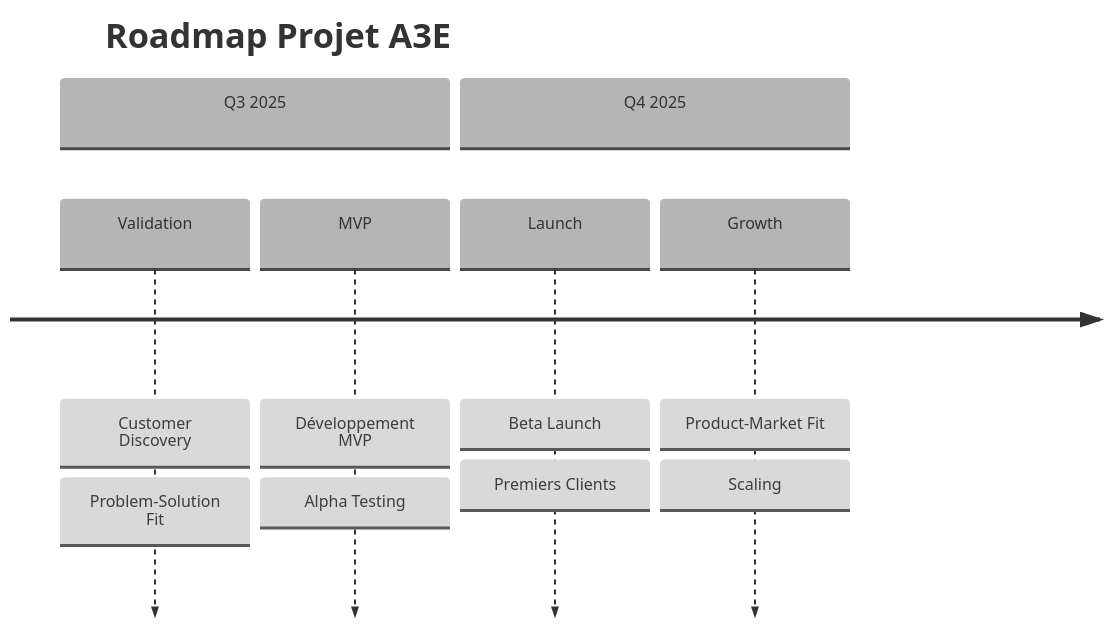
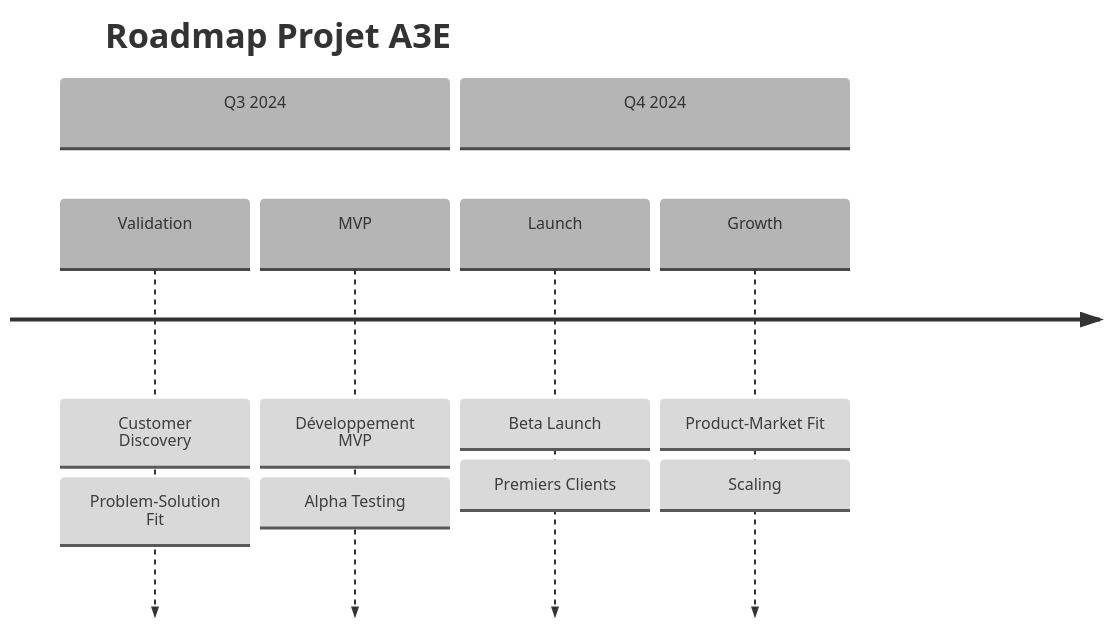
The sixth of 10 diagrams in project/4_technical_architecture/GUIDE_MERMAID.md (MacroMan5/project_a3e_beta), drawn with Mermaid before and after one commit. The commit also changed other lines of this file and 16 other files, not shown here.

````diff
--- a/project/4_technical_architecture/GUIDE_MERMAID.md
+++ b/project/4_technical_architecture/GUIDE_MERMAID.md
@@ -334,13 +334,13 @@
 ```mermaid
 %%{init: {'theme': 'base', 'themeVariables': { 'primaryColor': '#f5f5f5', 'lineColor': '#999', 'fontFamily': 'Roboto, sans-serif'}}}%%
 timeline
     title Roadmap Projet A3E
     
-    section Q3 2025
+    section Q3 2024
         Validation : Customer Discovery : Problem-Solution Fit
         MVP : Développement MVP : Alpha Testing
     
-    section Q4 2025
+    section Q4 2024
         Launch : Beta Launch : Premiers Clients
         Growth : Product-Market Fit : Scaling
 ```
````
